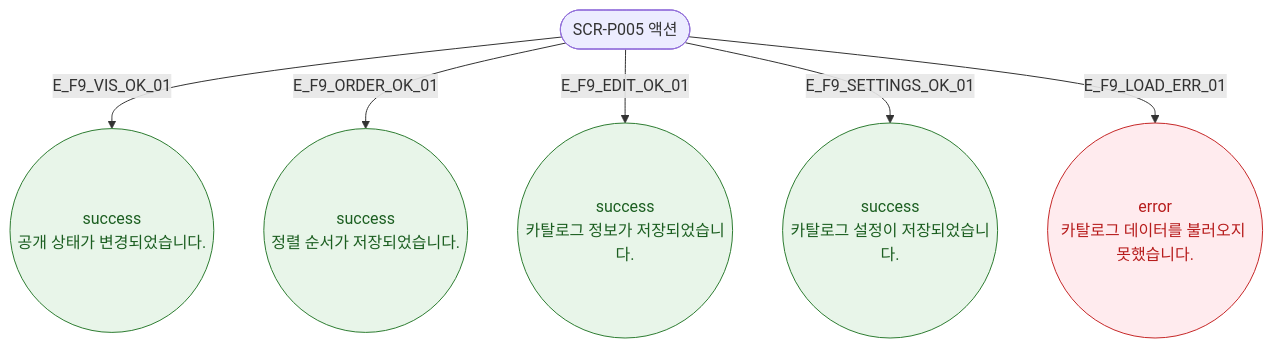
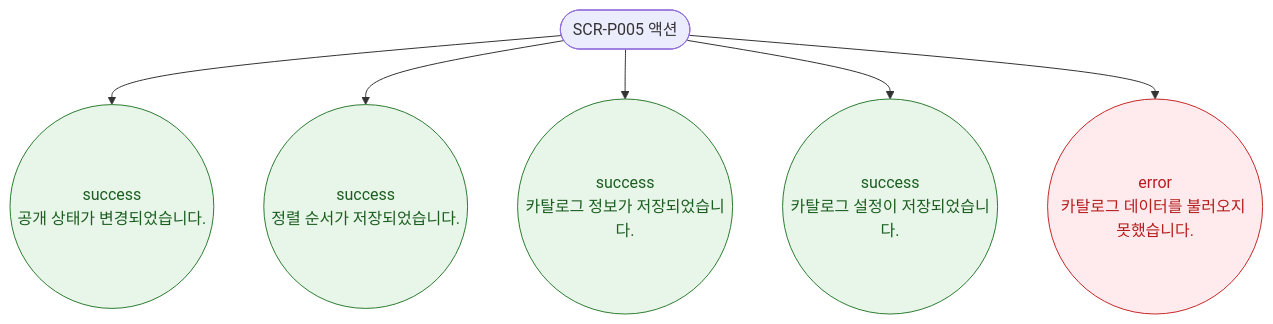
Before and after one commit to dev-spogym/admin-pando: the diagram in docs/다이어그램/D05_상품관리/SCR-P005_상품카탈로그/F9_토스트피드백.md, drawn with Mermaid. The commit also changed other lines of this file and 1660 other files, not shown here.

First line of the commit message:
다이어그램: 기획자/클라이언트 납품본으로 정리

````diff
--- a/docs/다이어그램/D05_상품관리/SCR-P005_상품카탈로그/F9_토스트피드백.md
+++ b/docs/다이어그램/D05_상품관리/SCR-P005_상품카탈로그/F9_토스트피드백.md
@@ -16,15 +14,15 @@
 ```mermaid
 flowchart TD
     TRIGGER([SCR-P005 액션])
 
-    TRIGGER -->|E_F9_VIS_OK_01| T_VIS((success\n공개 상태가 변경되었습니다.))
-    TRIGGER -->|E_F9_ORDER_OK_01| T_ORDER((success\n정렬 순서가 저장되었습니다.))
-    TRIGGER -->|E_F9_EDIT_OK_01| T_EDIT((success\n카탈로그 정보가 저장되었습니다.))
-    TRIGGER -->|E_F9_SETTINGS_OK_01| T_SET((success\n카탈로그 설정이 저장되었습니다.))
-    TRIGGER -->|E_F9_LOAD_ERR_01| T_LOAD_ERR((error\n카탈로그 데이터를 불러오지 못했습니다.))
+    TRIGGER --> T_VIS((success\n공개 상태가 변경되었습니다.))
+    TRIGGER --> T_ORDER((success\n정렬 순서가 저장되었습니다.))
+    TRIGGER --> T_EDIT((success\n카탈로그 정보가 저장되었습니다.))
+    TRIGGER --> T_SET((success\n카탈로그 설정이 저장되었습니다.))
+    TRIGGER --> T_LOAD_ERR((error\n카탈로그 데이터를 불러오지 못했습니다.))
 
     classDef success fill:#E8F5E9,stroke:#2E7D32,color:#1B5E20
     classDef error fill:#FFEBEE,stroke:#C62828,color:#B71C1C
     class T_VIS,T_ORDER,T_EDIT,T_SET success
     class T_LOAD_ERR error
 ```
````
